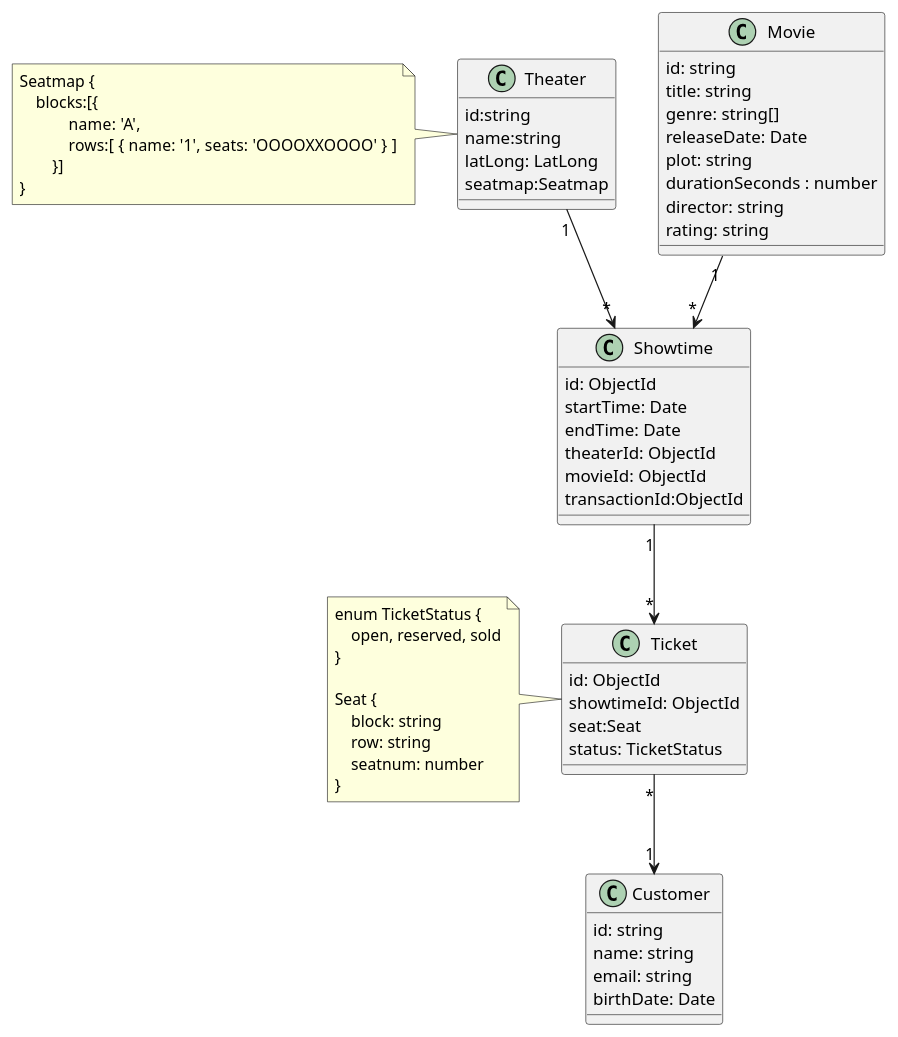
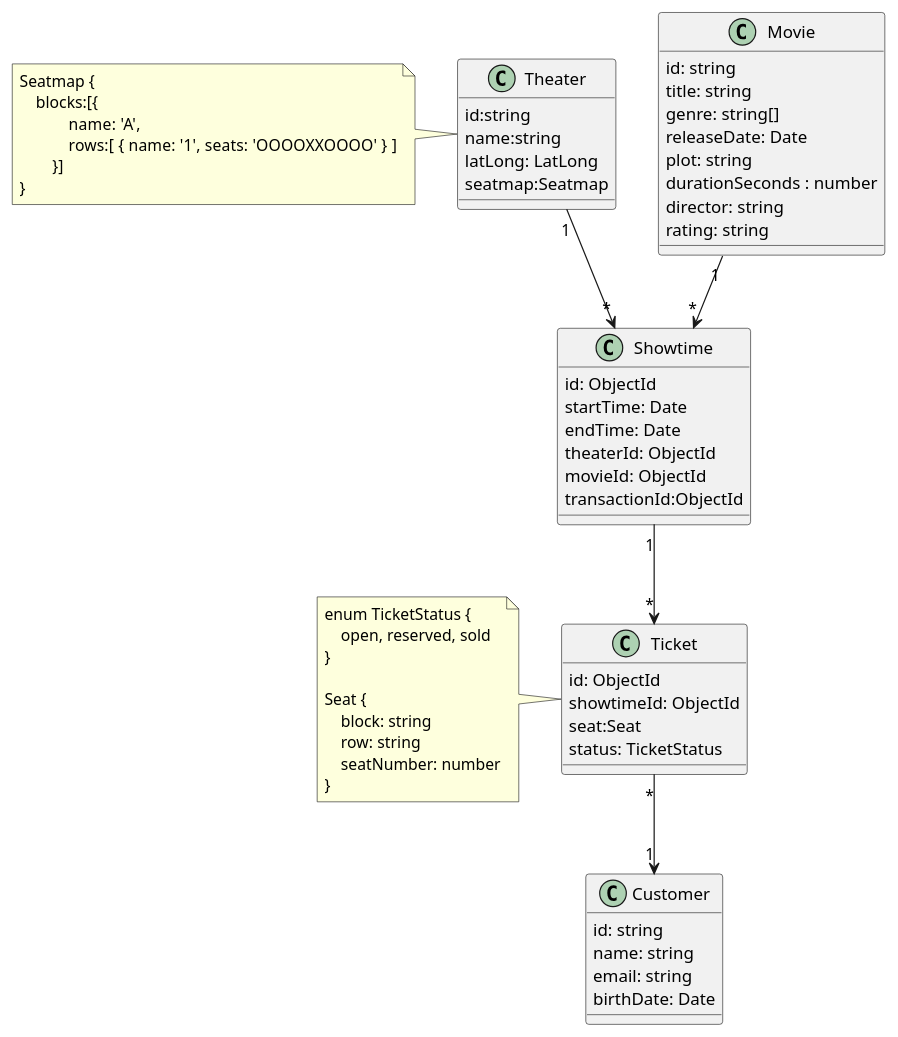
Before and after one commit to songminkyu/nest-msa: the diagram in docs/ko/designs/entities.md, drawn with PlantUML. The commit also changed 3 other files, not shown here.

Commit message:
refactor: standardize seatnum to seatNumber for consistency across seat-related entities

````diff
--- a/docs/ko/designs/entities.md
+++ b/docs/ko/designs/entities.md
@@ -3,69 +3,69 @@
 ```plantuml
 @startuml
 class Customer {
     id: string
     name: string
     email: string
     birthDate: Date
 }
 
 class Movie {
     id: string
     title: string
     genre: string[]
     releaseDate: Date
     plot: string
     durationSeconds : number
     director: string
     rating: string
 }
 
 class Theater{
     id:string
     name:string
     latLong: LatLong
     seatmap:Seatmap
 }
 note left
 Seatmap {
     blocks:[{
             name: 'A',
             rows:[ {  name: '1', seats: 'OOOOXXOOOO' } ]
         }]
 }
 end note
 
 class Showtime {
     id: ObjectId
     startTime: Date
     endTime: Date
     theaterId: ObjectId
     movieId: ObjectId
     transactionId:ObjectId
 }
 
 class Ticket {
     id: ObjectId
     showtimeId: ObjectId
     seat:Seat
     status: TicketStatus
 }
 
 note left
 enum TicketStatus {
     open, reserved, sold
 }
 
 Seat {
     block: string
     row: string
-    seatnum: number
+    seatNumber: number
 }
 end note
 
 Showtime "1" --> "*" Ticket
 Movie "1" --> "*" Showtime
 Theater "1" --> "*" Showtime
 Ticket "*" --> "1" Customer
 @enduml
 ```
````
